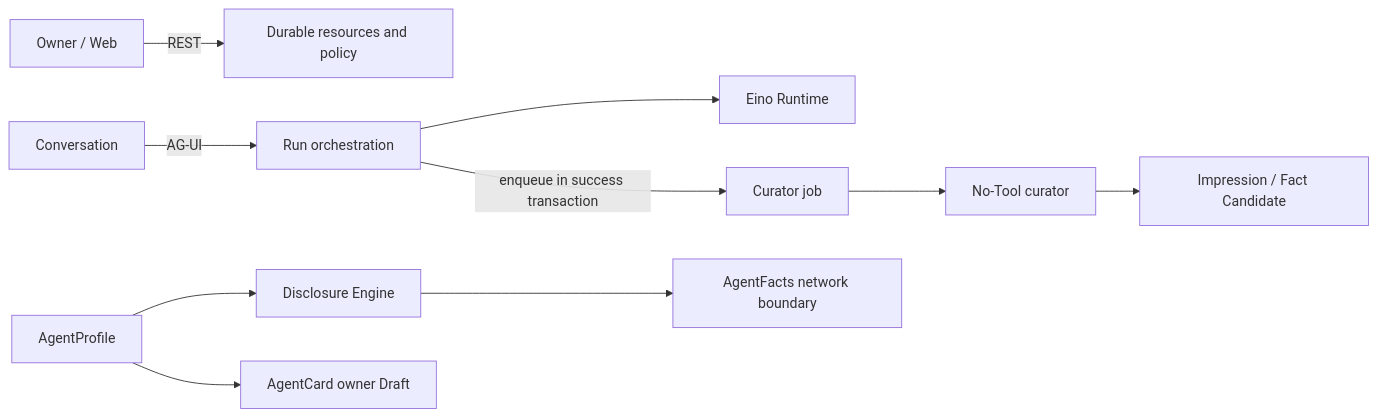
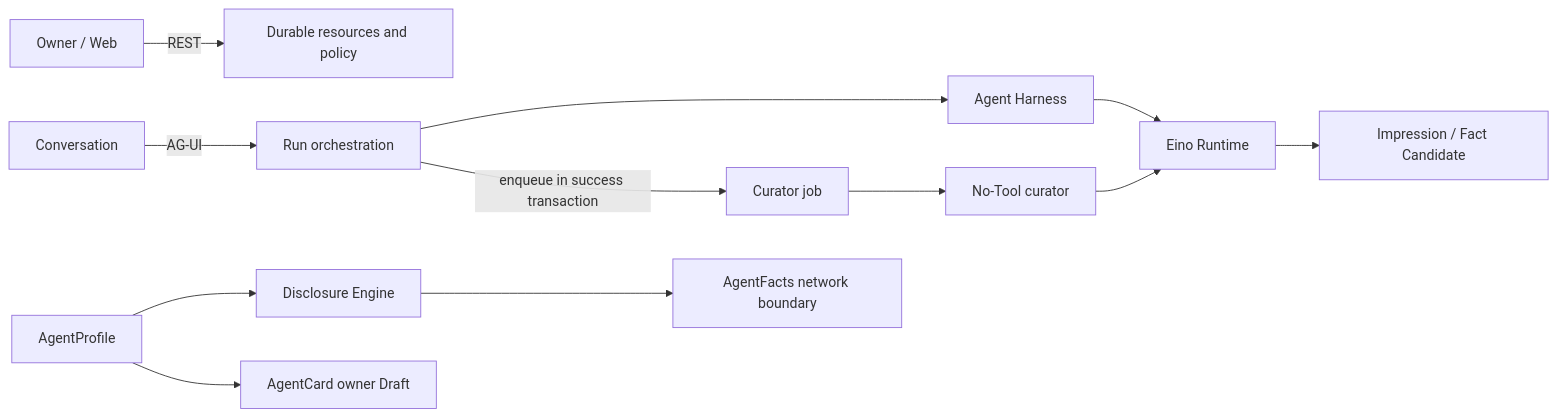
The diagram in docs/00-overview/architecture-overview.md (re35t/AegisLink), drawn with Mermaid before and after one commit. The commit also changed other lines of this file and 70 other files, not shown here.

First line of the commit message:
refactor: separate agent harness from runtime

````diff
--- a/docs/00-overview/architecture-overview.md
+++ b/docs/00-overview/architecture-overview.md
@@ -21,8 +21,8 @@
 ```mermaid
 flowchart LR
     owner["Owner / Web"] -->|"REST"| resources["Durable resources and policy"]
-    chat["Conversation"] -->|"AG-UI"| run["Run orchestration"] --> runtime["Eino Runtime"]
-    run -->|"enqueue in success transaction"| job["Curator job"] --> curator["No-Tool curator"] --> cognition["Impression / Fact Candidate"]
+    chat["Conversation"] -->|"AG-UI"| run["Run orchestration"] --> harness["Agent Harness"] --> runtime["Eino Runtime"]
+    run -->|"enqueue in success transaction"| job["Curator job"] --> curator["No-Tool curator"] --> runtime --> cognition["Impression / Fact Candidate"]
     profile["AgentProfile"] --> disclosure["Disclosure Engine"] --> facts["AgentFacts network boundary"]
     profile --> card["AgentCard owner Draft"]
 ```
````
